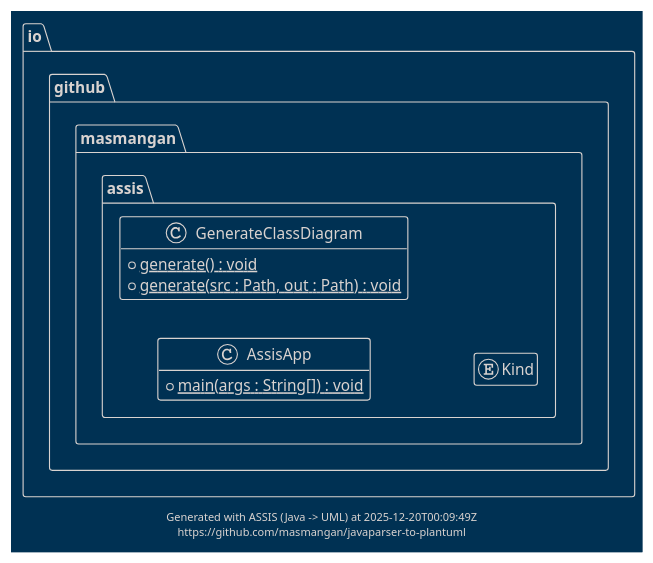
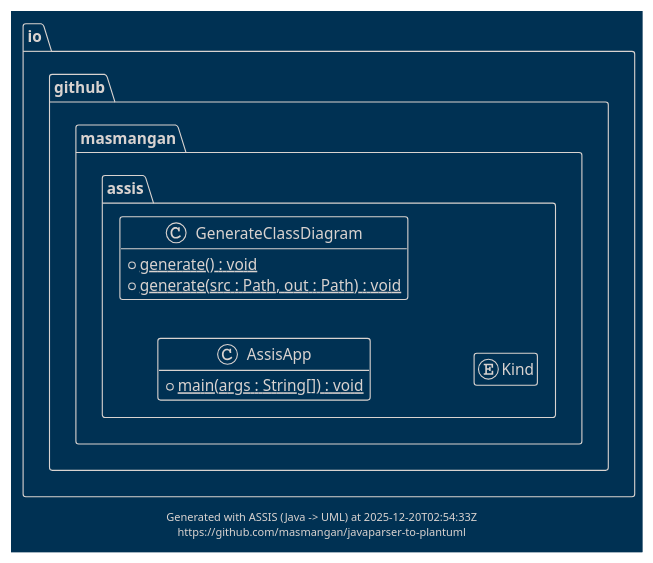
One commit to masmangan/assis changed the diagram in docs/uml/class-diagram.puml. Above: the diagram before and after it, drawn with PlantUML. The commit also changed 1 other file, not shown here.

```diff
--- a/docs/uml/class-diagram.puml
+++ b/docs/uml/class-diagram.puml
@@ -1,23 +1,23 @@
 @startuml class-diagram
 hide empty members
 !theme blueprint
 package "io.github.masmangan.assis" {
 class AssisApp {
   + main(args : String[]) : void {static}
 }
 class GenerateClassDiagram {
   + generate() : void {static}
   + generate(src : Path, out : Path) : void {static}
 }
 enum Kind {
 }
 }
 
 left to right direction
 
 center footer
-Generated with ASSIS (Java -> UML) at 2025-12-20T00:09:49Z
+Generated with ASSIS (Java -> UML) at 2025-12-20T02:54:33Z
 https://github.com/masmangan/javaparser-to-plantuml
 end footer
 
 @enduml
```
